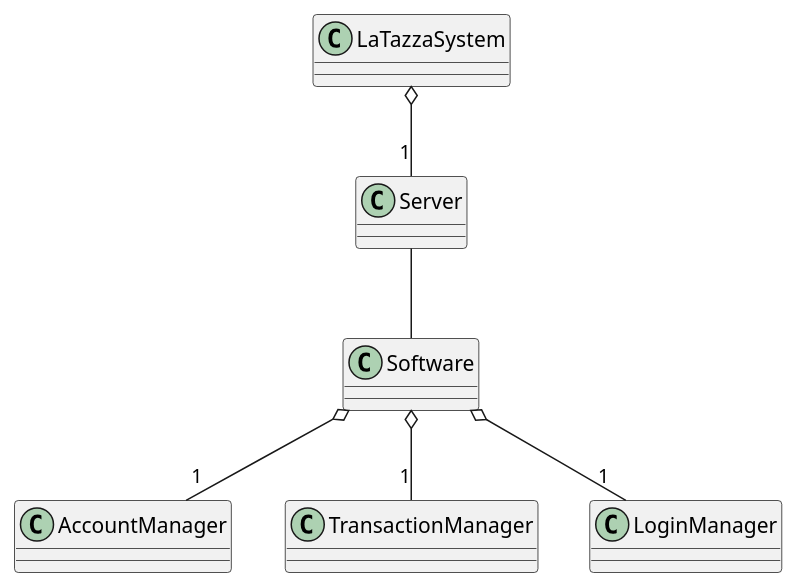
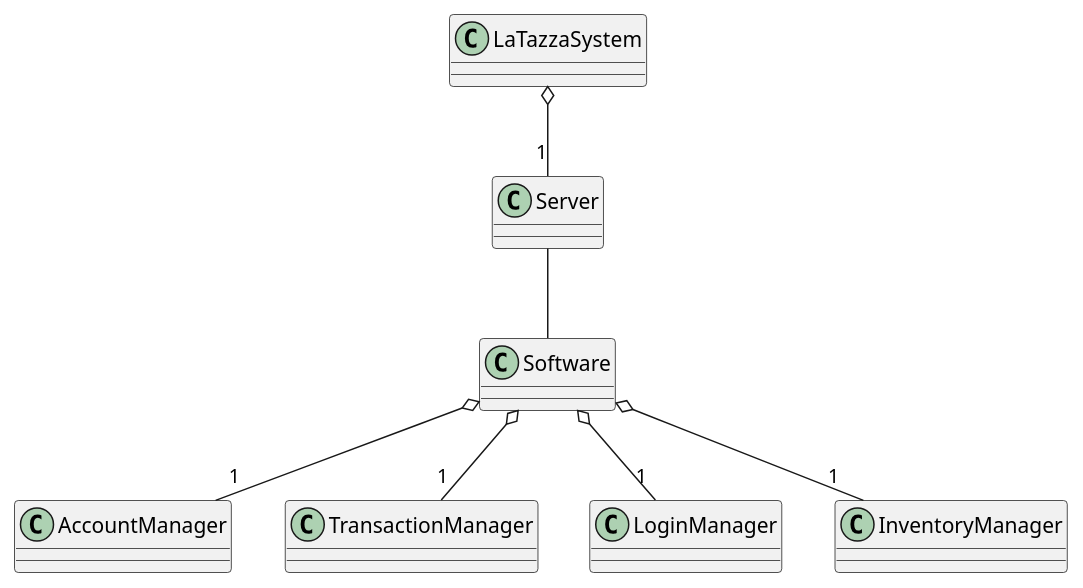
The fourth of 4 diagrams in requirements.md (s41m0n/LaTazza), drawn with PlantUML before and after one commit.

Commit message:
Issue #4 solved

````diff
--- a/requirements.md
+++ b/requirements.md
@@ -325,25 +325,29 @@
 ```plantuml
 class LaTazzaSystem {
 }
 
 class Server {
 }
 
 class Software {
 }
 
 class AccountManager {
 }
 
 class TransactionManager {
 }
 
 class LoginManager {
 }
 
+Class InventoryManager {
+}
+
 LaTazzaSystem o-- "1" Server
 Server -- Software
 Software o-- "1" AccountManager
 Software o-- "1" TransactionManager
 Software o-- "1" LoginManager
+Software o-- "1" InventoryManager
 ```
````
